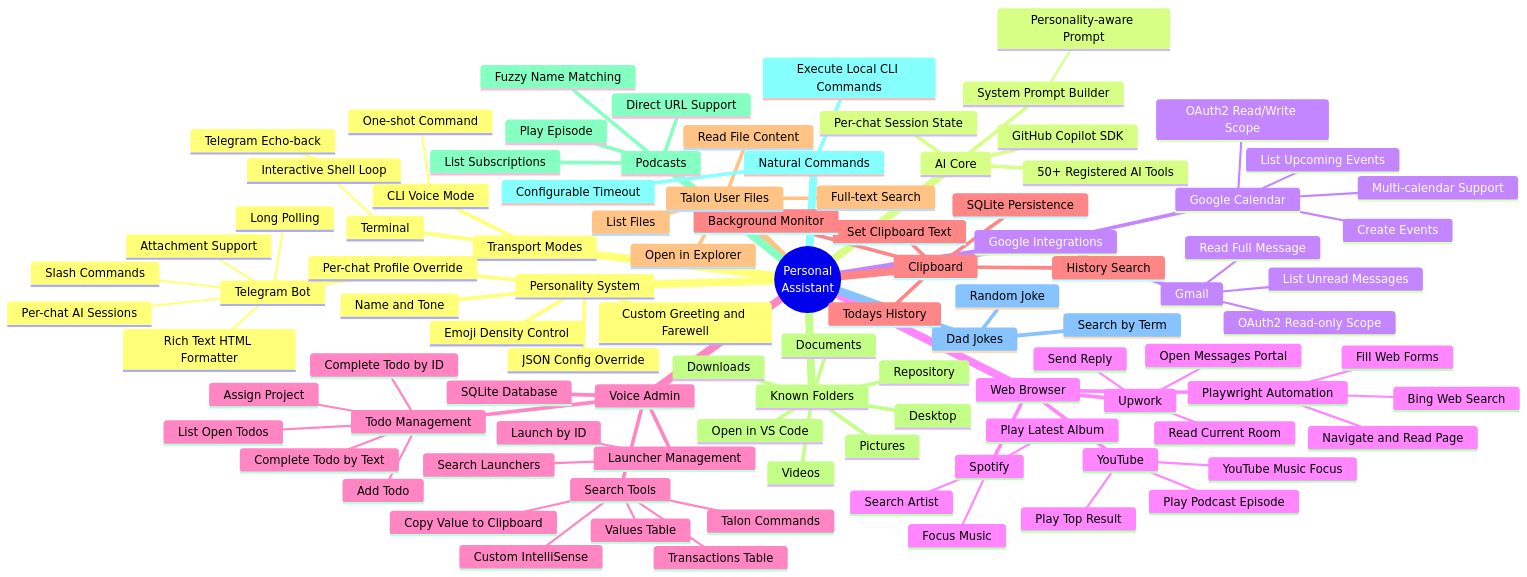
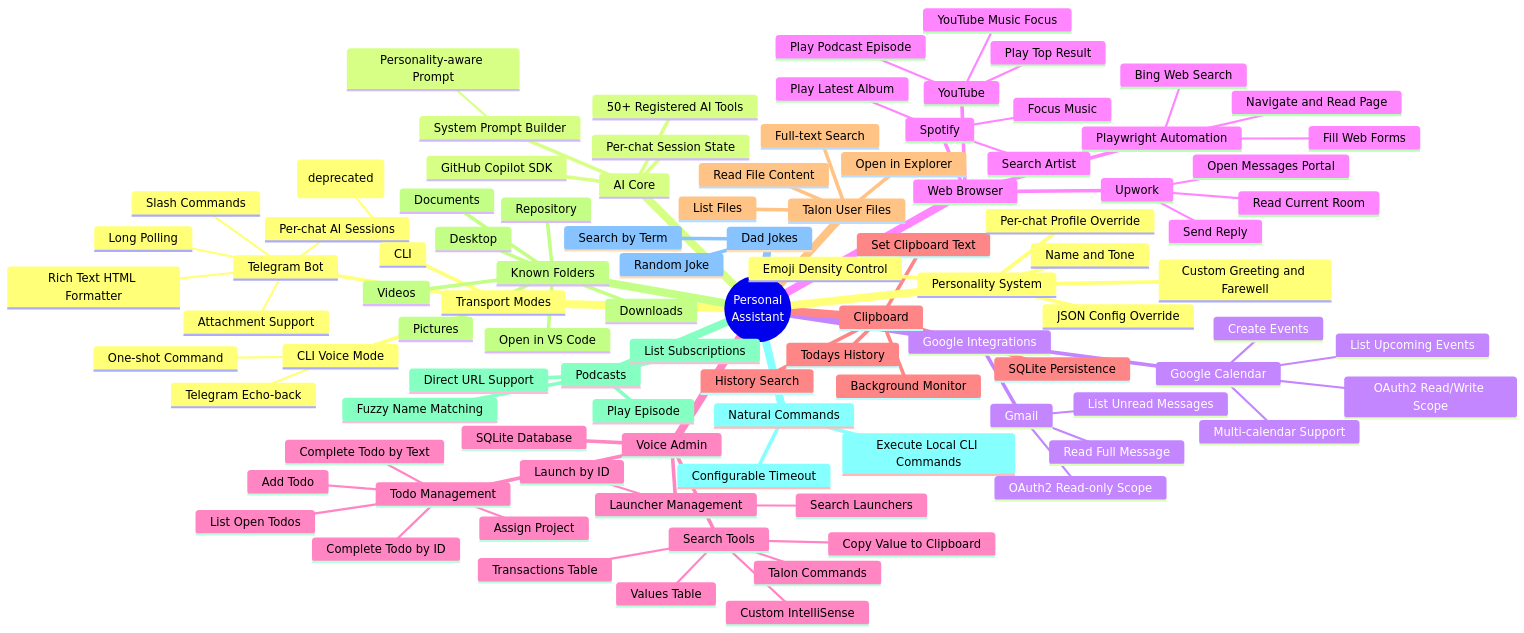
The diagram in ProjectDiagram.md (Mark-Phillipson/personal-assistant), drawn with Mermaid before and after one commit. The commit also changed 2 other files, not shown here.

Commit message:
Docs: replace terminal with CLI in documents and project diagram

```diff
--- a/ProjectDiagram.md
+++ b/ProjectDiagram.md
@@ -8,8 +8,8 @@
         Slash Commands
         Attachment Support
         Rich Text HTML Formatter
-      Terminal
-        Interactive Shell Loop
+      CLI
+        One-shot / Interactive (deprecated)
       CLI Voice Mode
         One-shot Command
         Telegram Echo-back
```
